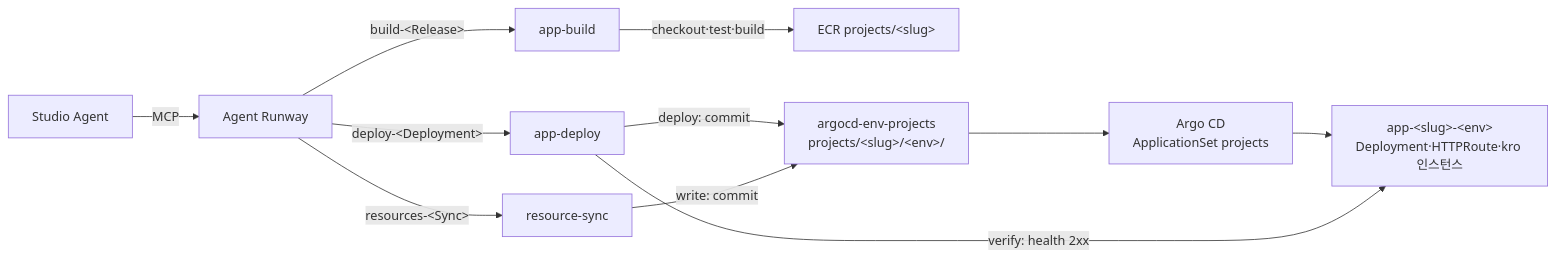
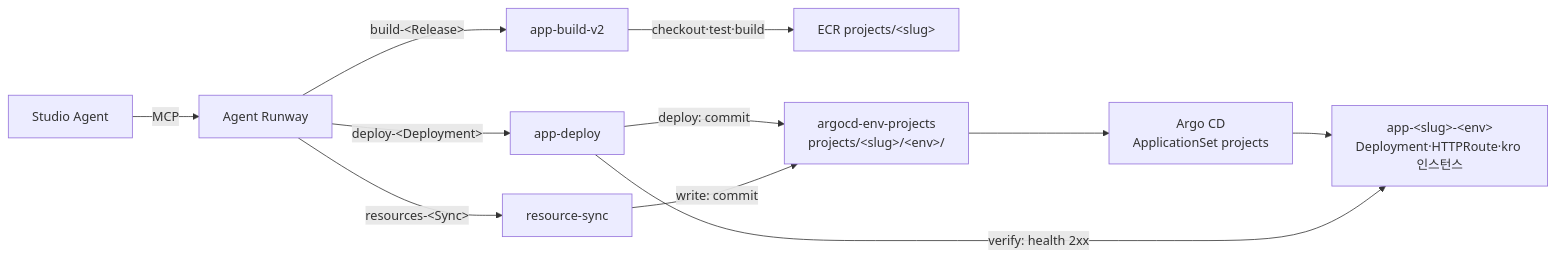
Before and after one commit to opspresso/argocd-env-projects: the diagram in README.md, drawn with Mermaid. The commit also changed other lines of this file and 8 other files, not shown here.

First line of the commit message:
chore(delivery): remove the app-build WorkflowTemplate and the checkout Secret permission (#70)

````diff
--- a/README.md
+++ b/README.md
@@ -35,13 +35,13 @@
 ```mermaid
 flowchart LR
   agent["Studio Agent"] -- "MCP" --> delivery["Agent Runway"]
-  delivery -- "build-&lt;Release&gt;" --> build["app-build"]
+  delivery -- "build-&lt;Release&gt;" --> build["app-build-v2"]
   build -- "checkout·test·build" --> ecr["ECR projects/&lt;slug&gt;"]
   delivery -- "deploy-&lt;Deployment&gt;" --> deploy["app-deploy"]
   deploy -- "deploy: commit" --> repo["argocd-env-projects<br/>projects/&lt;slug&gt;/&lt;env&gt;/"]
   delivery -- "resources-&lt;Sync&gt;" --> sync["resource-sync"]
   sync -- "write: commit" --> repo
   repo --> argocd["Argo CD<br/>ApplicationSet projects"]
   argocd --> app["app-&lt;slug&gt;-&lt;env&gt;<br/>Deployment·HTTPRoute·kro 인스턴스"]
   deploy -- "verify: health 2xx" --> app
 ```
````
